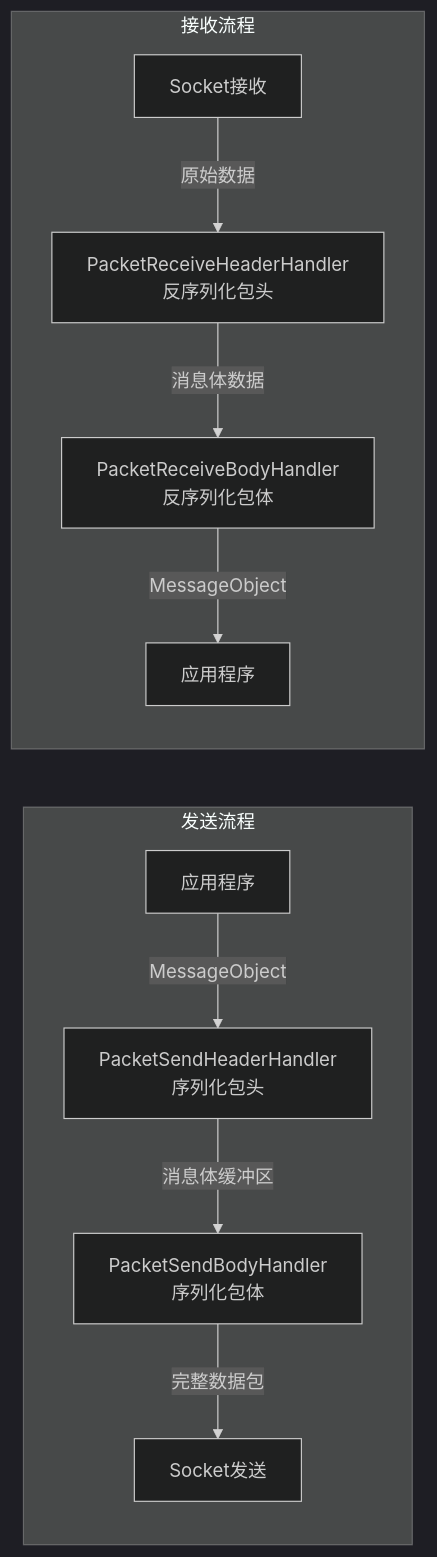
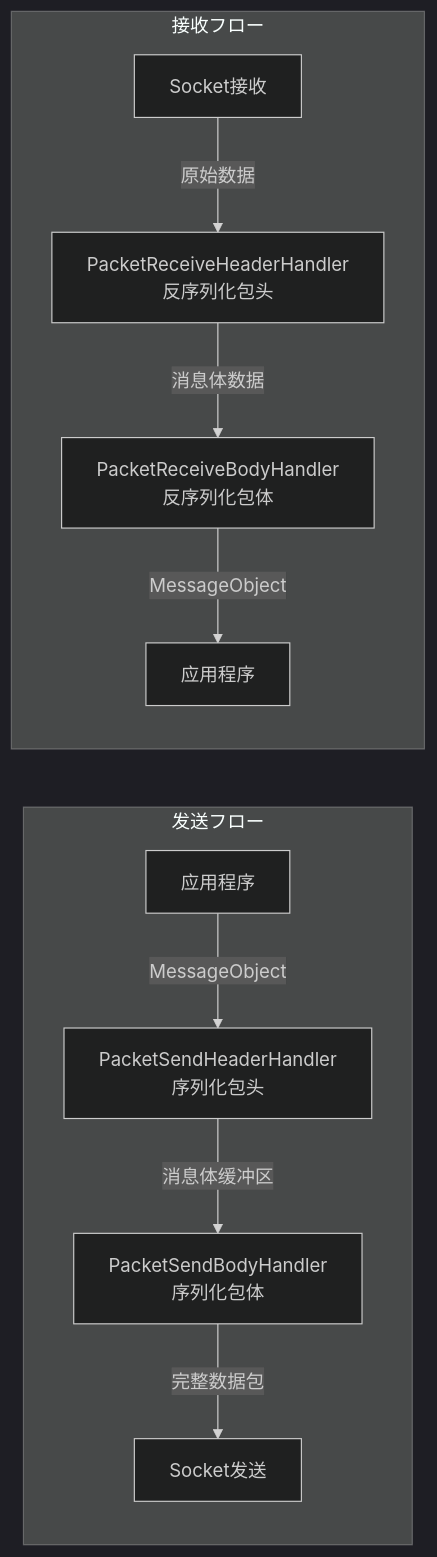
Before and after one commit to AlianBlank/GameFrameX.Docs: the second of 7 diagrams in docs/ja/client/unity/component/network/01.overview.md, drawn with Mermaid (dark theme). The commit also changed other lines of this file and 603 other files, not shown here.

````diff
--- a/docs/ja/client/unity/component/network/01.overview.md
+++ b/docs/ja/client/unity/component/network/01.overview.md
@@ -129,14 +129,14 @@
 ```mermaid
 flowchart LR
-    subgraph Send["发送流程"]
+    subgraph Send["发送フロー"]
         App[应用程序] -->|MessageObject| PSH[PacketSendHeaderHandler<br/>序列化包头]
         PSH -->|消息体缓冲区| PSB[PacketSendBodyHandler<br/>序列化包体]
         PSB -->|完整数据包| Socket[Socket发送]
     end
     
-    subgraph Receive["接收流程"]
+    subgraph Receive["接收フロー"]
         Socket2[Socket接收] -->|原始数据| PRH[PacketReceiveHeaderHandler<br/>反序列化包头]
         PRH -->|消息体数据| PRB[PacketReceiveBodyHandler<br/>反序列化包体]
         PRB -->|MessageObject| App2[应用程序]
     end
 ```
````
